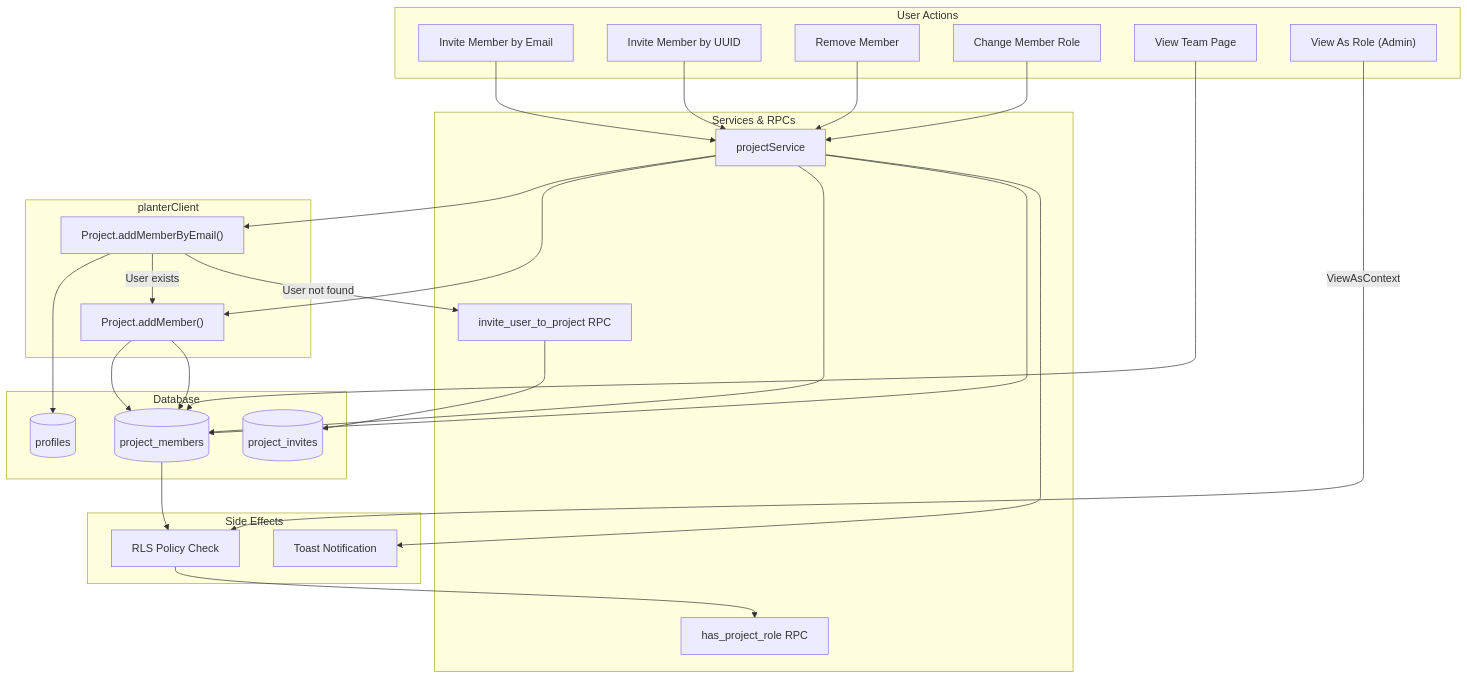
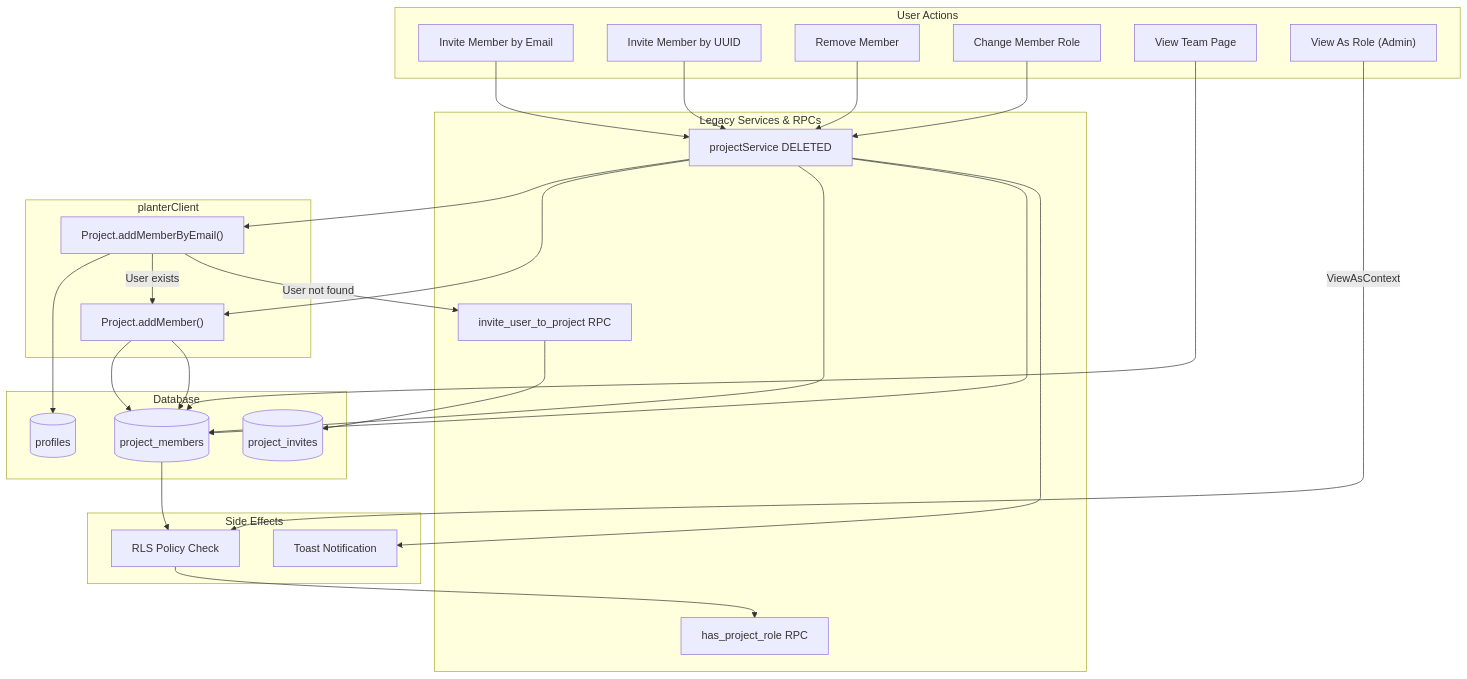
The fifth of 10 diagrams in .ai-ignore/docs/PROJECT_MIND_MAP.md (JoelA510/PlanterPlan-Alpha), drawn with Mermaid before and after one commit. The commit also changed other lines of this file and 45 other files, not shown here.

Commit message:
chore(docs): document abstraction purge and service layer removal in all architecture files

````diff
--- a/.ai-ignore/docs/PROJECT_MIND_MAP.md
+++ b/.ai-ignore/docs/PROJECT_MIND_MAP.md
@@ -489,47 +488,47 @@
 ```mermaid
 flowchart TD
     subgraph "User Actions"
         M1[Invite Member by Email]
         M2[Invite Member by UUID]
         M3[Remove Member]
         M4[Change Member Role]
         M5[View Team Page]
         M6["View As Role (Admin)"]
     end
 
-    subgraph "Services & RPCs"
-        PS2[projectService]
+    subgraph "Legacy Services & RPCs"
+        PS2[projectService DELETED]
         RPC2["invite_user_to_project RPC"]
         RPC3["has_project_role RPC"]
     end
 
     subgraph "planterClient"
         PC_AM["Project.addMember()"]
         PC_AME["Project.addMemberByEmail()"]
     end
 
     subgraph "Database"
         DB_PM2[(project_members)]
         DB_PI[(project_invites)]
         DB_PROF[(profiles)]
     end
 
     subgraph "Side Effects"
         RLS[RLS Policy Check]
         TOAST[Toast Notification]
     end
 
     M1 --> PS2 --> PC_AME --> DB_PROF
     PC_AME -->|User exists| PC_AM --> DB_PM2
     PC_AME -->|User not found| RPC2 --> DB_PI
 
     M2 --> PS2 --> PC_AM --> DB_PM2
     M3 --> PS2 --> DB_PM2
     M4 --> PS2 --> DB_PM2
 
     DB_PM2 --> RLS --> RPC3
     PS2 --> TOAST
 
     M5 --> DB_PM2
     M6 -->|ViewAsContext| RLS
 ```
````
